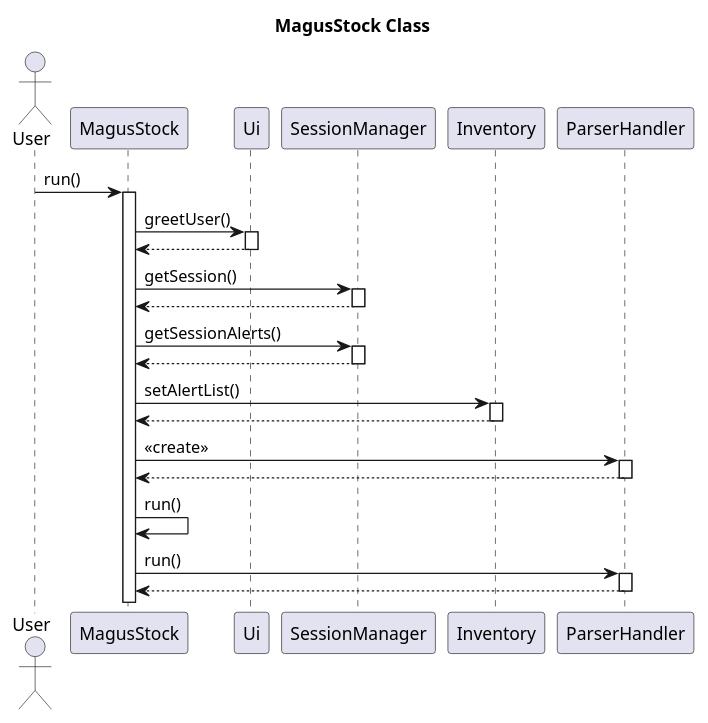
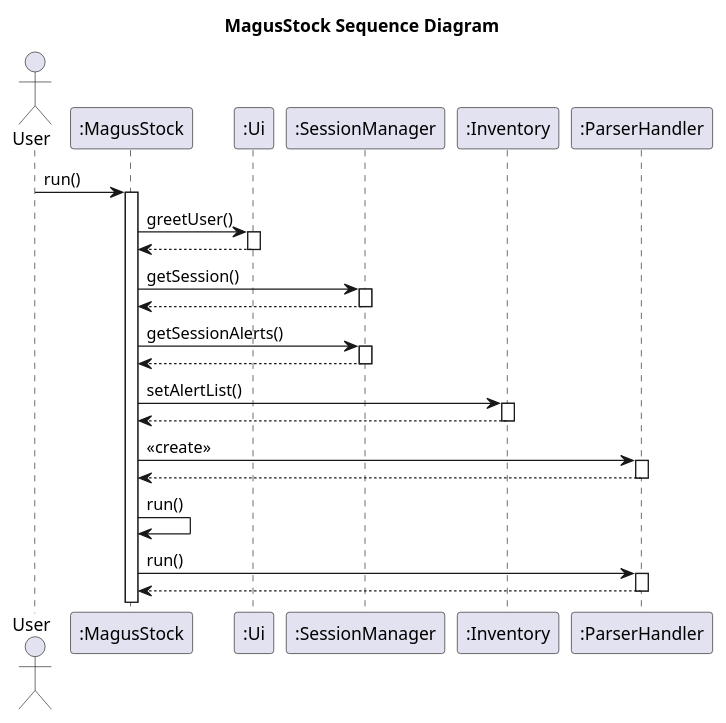
The diagram in docs/SequenceDiagram.puml (nus-cs2113-AY2223S2/tp), drawn with PlantUML before and after one commit. The commit also changed 10 other files, not shown here.

```diff
--- a/docs/SequenceDiagram.puml
+++ b/docs/SequenceDiagram.puml
@@ -2,39 +2,39 @@
 @startuml
-title MagusStock Class
+title MagusStock Sequence Diagram
 
 actor User
-participant MagusStock
-participant Ui
-participant SessionManager
-participant Inventory
-participant ParserHandler
-User -> MagusStock: run()
-activate MagusStock
-MagusStock -> Ui: greetUser()
-activate Ui
-Ui --> MagusStock:
-deactivate Ui
-MagusStock -> SessionManager: getSession()
-activate SessionManager
-SessionManager --> MagusStock:
-deactivate SessionManager
-MagusStock -> SessionManager: getSessionAlerts()
-activate SessionManager
-SessionManager --> MagusStock:
-deactivate SessionManager
-MagusStock -> Inventory: setAlertList()
-activate Inventory
-Inventory --> MagusStock:
-deactivate Inventory
-MagusStock -> ParserHandler: <<create>>
-activate ParserHandler
-ParserHandler --> MagusStock:
-deactivate ParserHandler
-MagusStock -> MagusStock: run()
-MagusStock -> ParserHandler: run()
-activate ParserHandler
-ParserHandler --> MagusStock:
-deactivate ParserHandler
+participant ":MagusStock"
+participant ":Ui"
+participant ":SessionManager"
+participant ":Inventory"
+participant ":ParserHandler"
+User -> ":MagusStock": run()
+activate ":MagusStock"
+":MagusStock" -> ":Ui": greetUser()
+activate ":Ui"
+":Ui" --> ":MagusStock":
+deactivate ":Ui"
+":MagusStock" -> ":SessionManager": getSession()
+activate ":SessionManager"
+":SessionManager" --> ":MagusStock":
+deactivate ":SessionManager"
+":MagusStock" -> ":SessionManager": getSessionAlerts()
+activate ":SessionManager"
+":SessionManager" --> ":MagusStock":
+deactivate ":SessionManager"
+":MagusStock" -> ":Inventory": setAlertList()
+activate ":Inventory"
+":Inventory" --> ":MagusStock":
+deactivate ":Inventory"
+":MagusStock" -> ":ParserHandler": <<create>>
+activate ":ParserHandler"
+":ParserHandler" --> ":MagusStock":
+deactivate ":ParserHandler"
+":MagusStock" -> ":MagusStock": run()
+":MagusStock" -> ":ParserHandler": run()
+activate ":ParserHandler"
+":ParserHandler" --> ":MagusStock":
+deactivate ":ParserHandler"
 
 
 @enduml
```
